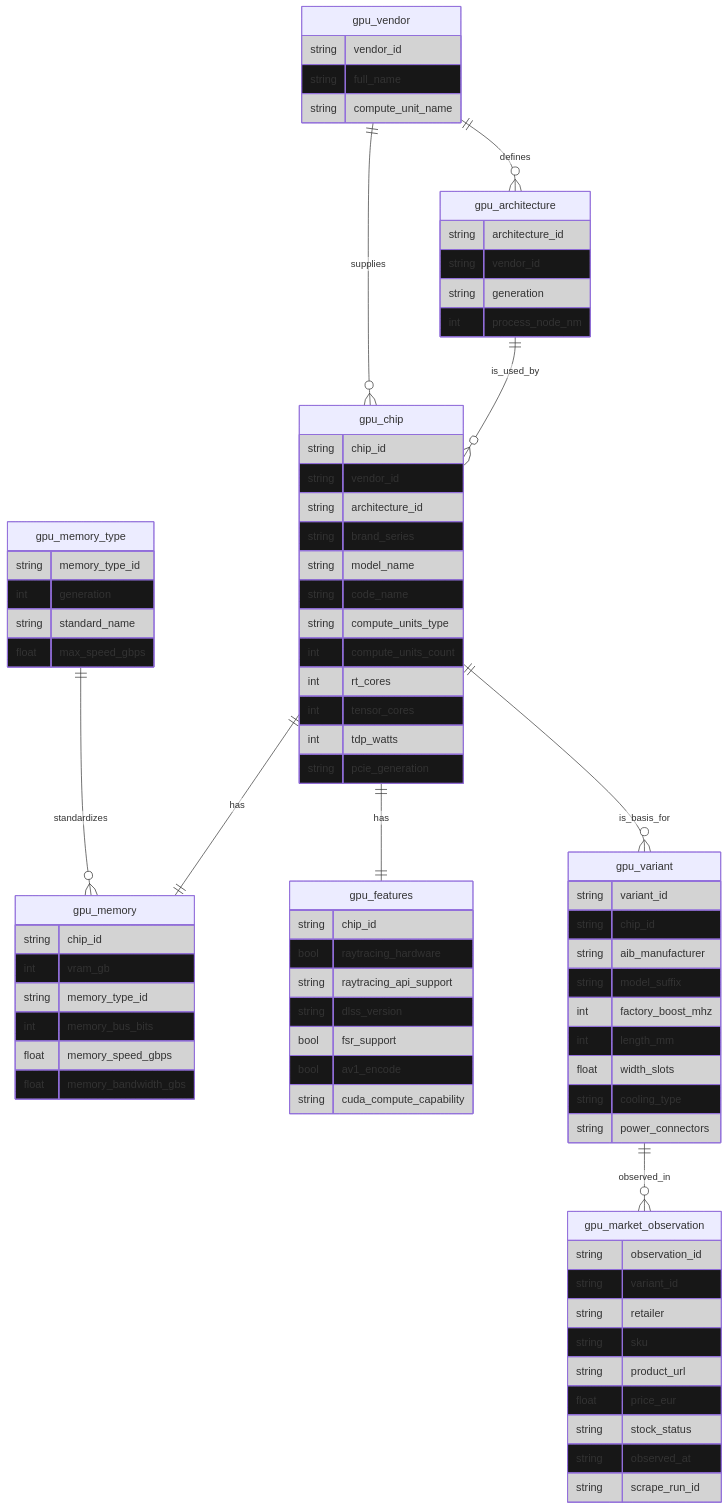
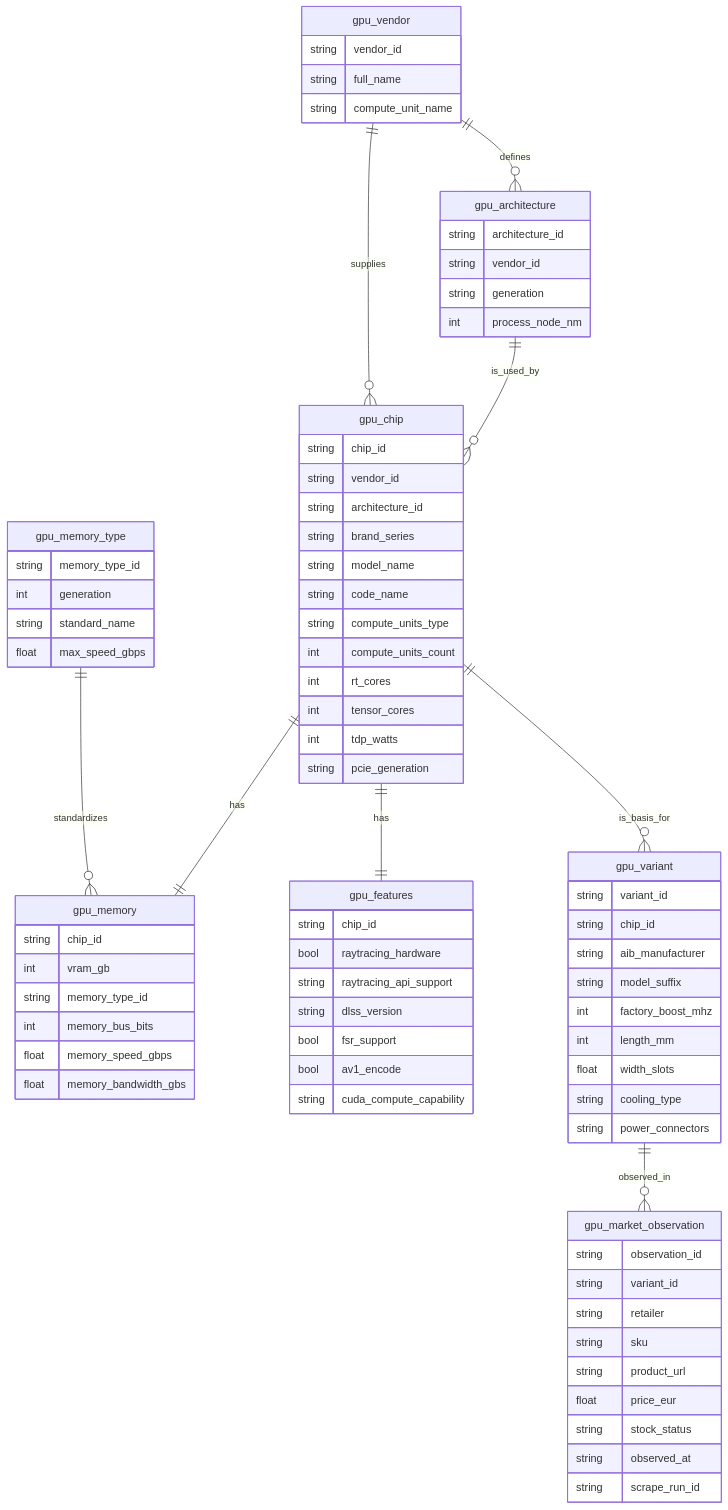
The diagram in domain/gpu/silver.md (edunavata/gpu-bd), drawn with Mermaid before and after one commit.

Commit message:
docs: update mermaid diagram theme to dark for consistency

````diff
--- a/domain/gpu/silver.md
+++ b/domain/gpu/silver.md
@@ -24,14 +24,6 @@
 ```mermaid
 %%{init: {
-  "theme": "default",
-  "themeVariables": {
-    "primaryColor": "#141414ff",
-    "primaryTextColor": "#000000",
-    "primaryBorderColor": "#333333",
-    "lineColor": "#333333",
-    "secondaryColor": "#f5f5f5",
-    "tertiaryColor": "#ffffff"
-  }
+  "theme": "dark",
 }}%%
 erDiagram
     gpu_vendor ||--o{ gpu_architecture : defines
````
